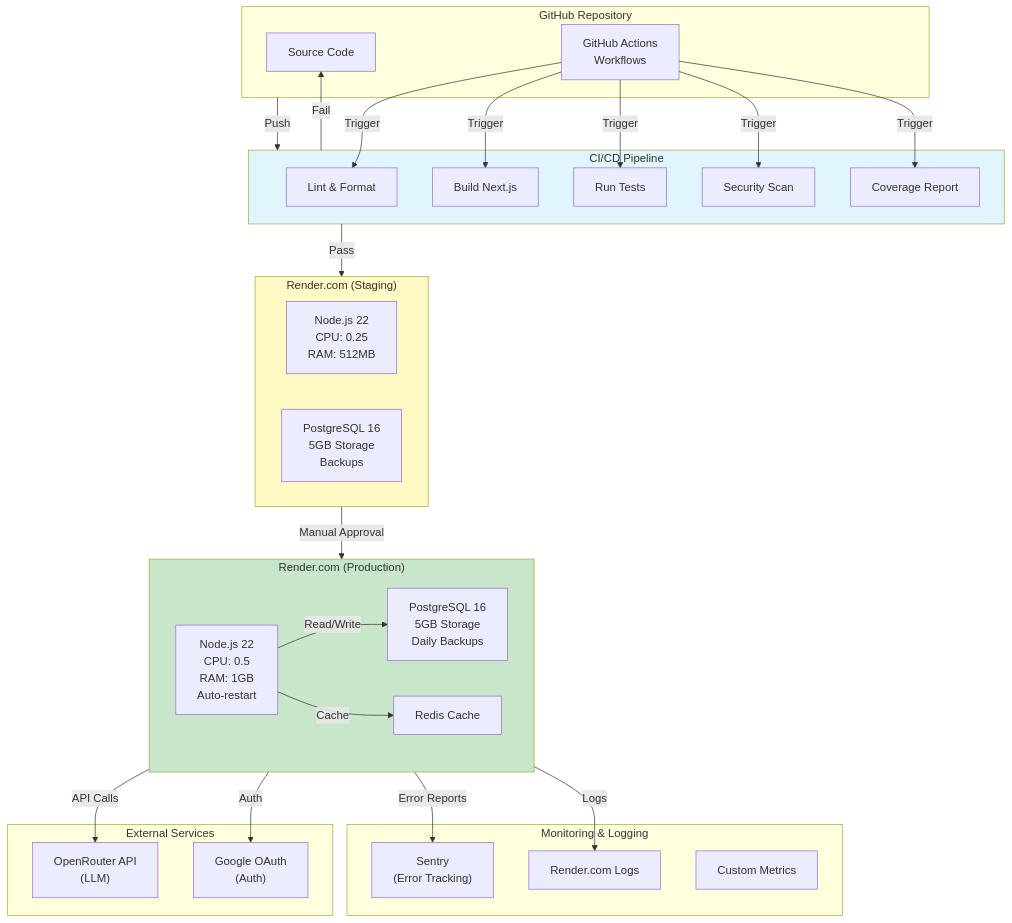
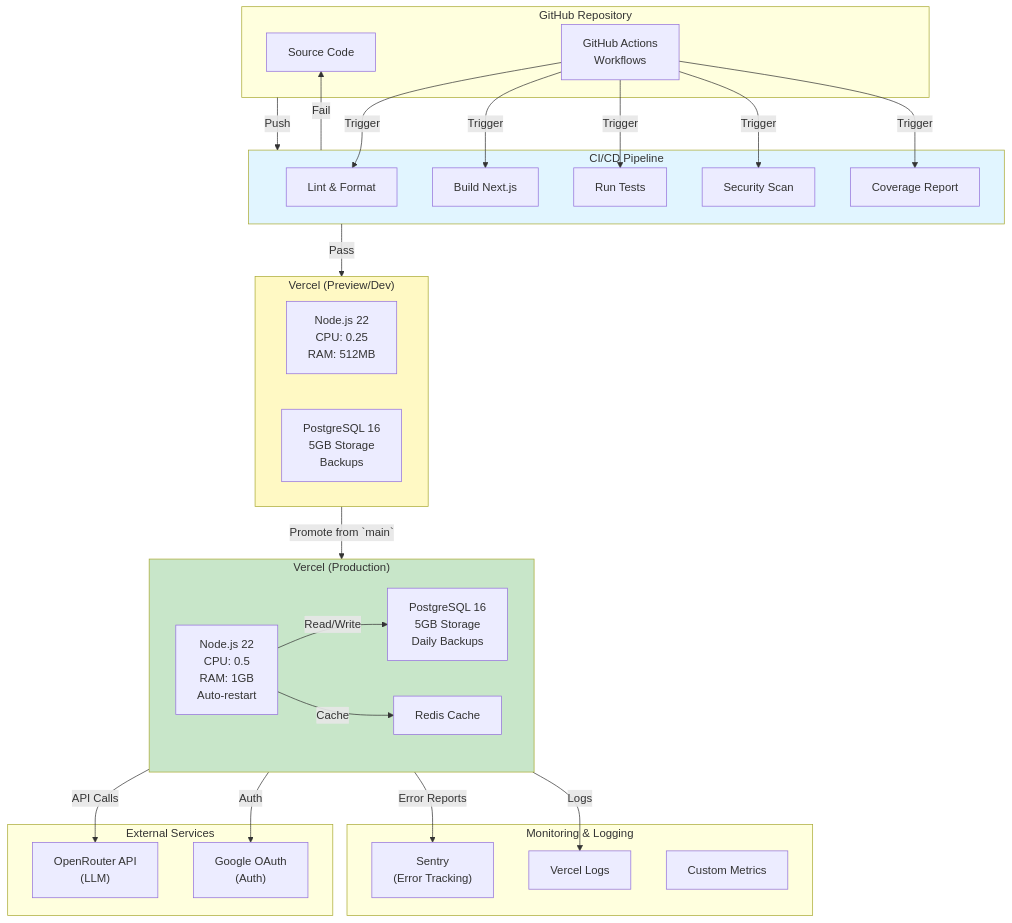
The seventh of 12 diagrams in docs/diagrams/architecture-diagrams.md (federicogerardi/gen-app), drawn with Mermaid before and after one commit. The commit also changed other lines of this file and 42 other files, not shown here.

````diff
--- a/docs/diagrams/architecture-diagrams.md
+++ b/docs/diagrams/architecture-diagrams.md
@@ -366,61 +366,61 @@
 ```mermaid
 graph TB
     subgraph GitHub["GitHub Repository"]
         code["    Source Code    "]
         workflows["GitHub Actions<br/>Workflows"]
     end
     
     subgraph CI["CI/CD Pipeline"]
         Lint["Lint & Format"]
         Build["Build Next.js"]
         Test["Run Tests"]
         Security["Security Scan"]
         Coverage["Coverage Report"]
     end
     
-    subgraph RenderStaging["Render.com (Staging)"]
+    subgraph VercelPreview["Vercel (Preview/Dev)"]
         StageNode["Node.js 22<br/>CPU: 0.25<br/>RAM: 512MB"]
         StageDB["PostgreSQL 16<br/>5GB Storage<br/>Backups"]
     end
     
-    subgraph RenderProd["Render.com (Production)"]
+    subgraph VercelProd["Vercel (Production)"]
         ProdNode["Node.js 22<br/>CPU: 0.5<br/>RAM: 1GB<br/>Auto-restart"]
         ProdDB["PostgreSQL 16<br/>5GB Storage<br/>Daily Backups"]
         Redis["Redis Cache"]
     end
     
     subgraph Monitoring["Monitoring & Logging"]
         Sentry["Sentry<br/>(Error Tracking)"]
-        RenderLogs["Render.com Logs"]
+        VercelLogs["Vercel Logs"]
         Metrics["Custom Metrics"]
     end
     
     subgraph External["External Services"]
         OpenRouter["OpenRouter API<br/>(LLM)"]
         GoogleOAuth["Google OAuth<br/>(Auth)"]
     end
     
     GitHub -->|Push| CI
-    CI -->|Pass| RenderStaging
+    CI -->|Pass| VercelPreview
     CI -->|Fail| code
     
-    RenderStaging -->|Manual Approval| RenderProd
+    VercelPreview -->|Promote from `main`| VercelProd
     
-    RenderProd -->|API Calls| OpenRouter
-    RenderProd -->|Auth| GoogleOAuth
-    RenderProd -->|Error Reports| Sentry
-    RenderProd -->|Logs| RenderLogs
+    VercelProd -->|API Calls| OpenRouter
+    VercelProd -->|Auth| GoogleOAuth
+    VercelProd -->|Error Reports| Sentry
+    VercelProd -->|Logs| VercelLogs
     
     ProdNode -->|Read/Write| ProdDB
     ProdNode -->|Cache| Redis
     
     workflows -->|Trigger| Lint
     workflows -->|Trigger| Build
     workflows -->|Trigger| Test
     workflows -->|Trigger| Security
     workflows -->|Trigger| Coverage
     
-    style RenderProd fill:#c8e6c9
-    style RenderStaging fill:#fff9c4
+    style VercelProd fill:#c8e6c9
+    style VercelPreview fill:#fff9c4
     style CI fill:#e1f5ff
 ```
````
